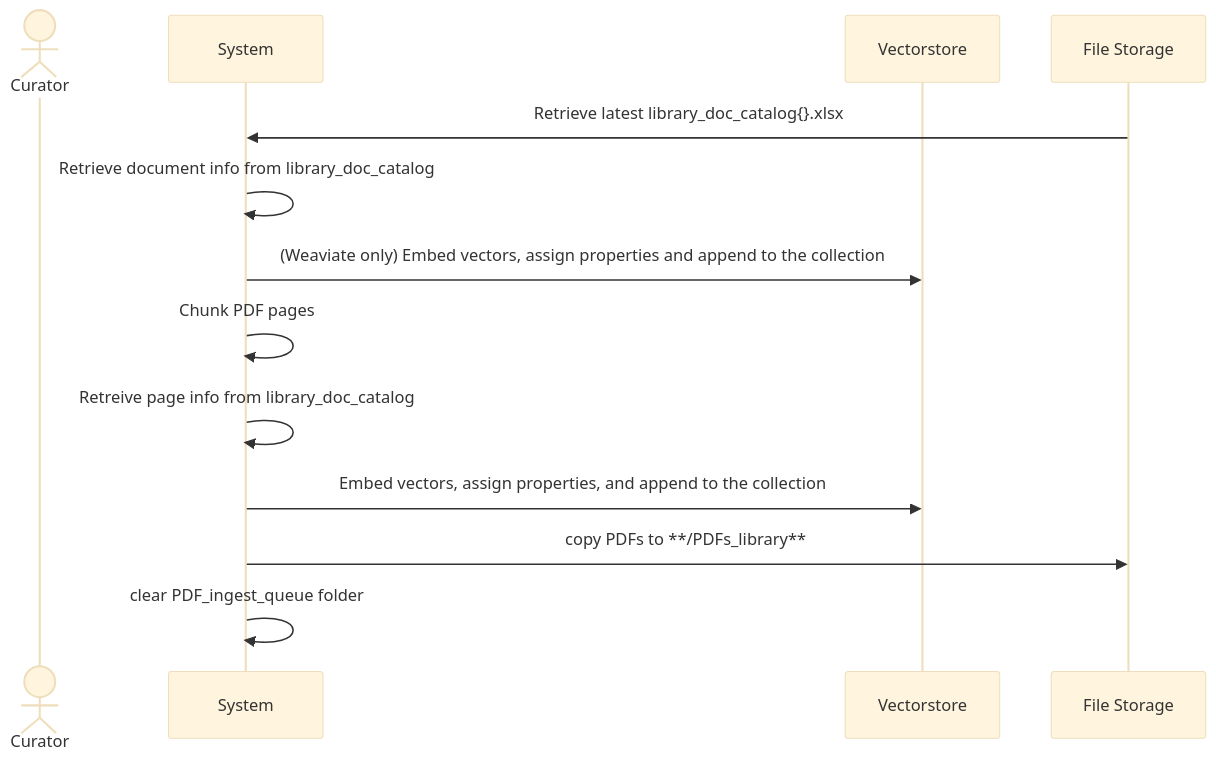
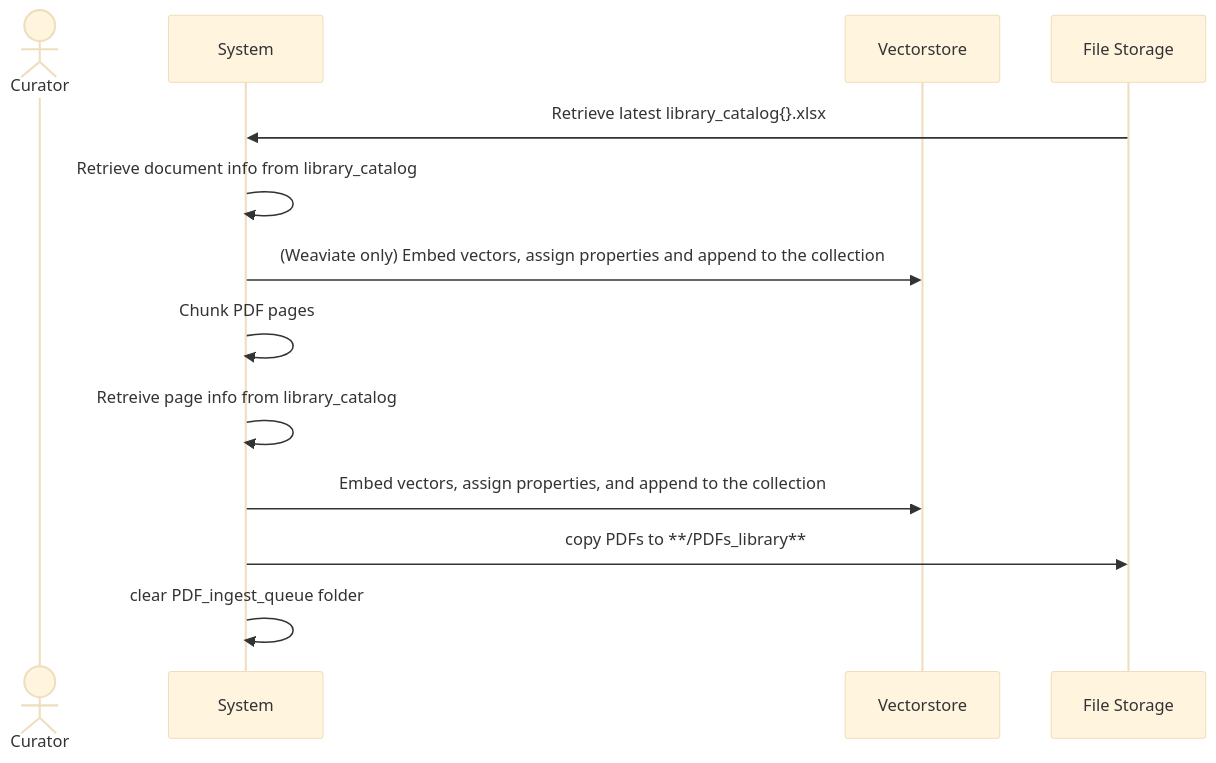
One commit to drew-wks/ASK changed the second of 2 diagrams in docs/library_admin_processes.md. Above: the diagram before and after it, drawn with Mermaid (base theme). The commit also changed other lines of this file and 9 other files, not shown here.

````diff
--- a/docs/library_admin_processes.md
+++ b/docs/library_admin_processes.md
@@ -28,15 +28,15 @@
 ```mermaid
 sequenceDiagram
     actor Curator
     participant System
     participant Vectorstore
 
-    File Storage->>System: Retrieve latest library_doc_catalog{}.xlsx
-    System->>System: Retrieve document info from library_doc_catalog
+    File Storage->>System: Retrieve latest library_catalog{}.xlsx
+    System->>System: Retrieve document info from library_catalog
     System->>Vectorstore: (Weaviate only) Embed vectors, assign properties and append to the collection
     System->>System: Chunk PDF pages
-    System->>System: Retreive page info from library_doc_catalog
+    System->>System: Retreive page info from library_catalog
     System->>Vectorstore: Embed vectors, assign properties, and append to the collection
     System->>File Storage: copy PDFs to **/PDFs_library**
     System->>System: clear PDF_ingest_queue folder
 ```
````
